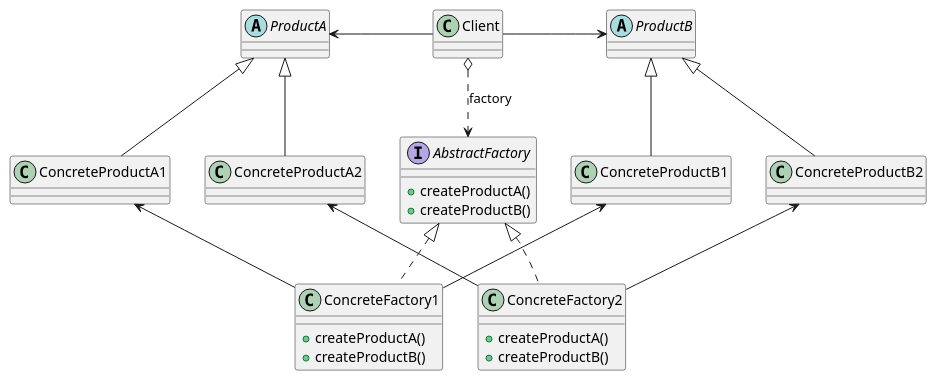
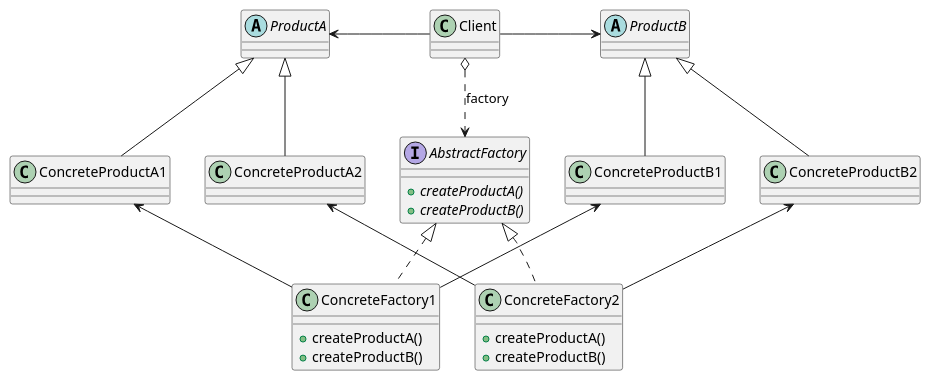
Before and after one commit to Noman5237/DesignPatterns: the diagram in cheatsheets/patterns/abstract-factory.md, drawn with PlantUML. The commit also changed 2 other files, not shown here.

Commit message:
singleton pattern cheatsheet

````diff
--- a/cheatsheets/patterns/abstract-factory.md
+++ b/cheatsheets/patterns/abstract-factory.md
@@ -12,42 +12,42 @@
 ```puml
 @startuml
 
 abstract class ProductA {}
 abstract class ProductB {}
 
 class ConcreteProductA1 extends ProductA {}
 class ConcreteProductA2 extends ProductA {}
 
 class ConcreteProductB1 extends ProductB {}
 class ConcreteProductB2 extends ProductB {}
 
 interface AbstractFactory {
-    + createProductA()
-    + createProductB()
+    + {abstract} createProductA()
+    + {abstract} createProductB()
 }
 
 class ConcreteFactory1 implements AbstractFactory {
     + createProductA()
     + createProductB()
 }
 
 class ConcreteFactory2 implements AbstractFactory {
     + createProductA()
     + createProductB()
 }
 
 class Client {}
 
 Client -left-> ProductA
 Client -right-> ProductB
 
 ConcreteFactory1 -up-> ConcreteProductA1
 ConcreteFactory1 -up-> ConcreteProductB1
 
 ConcreteFactory2 -up-> ConcreteProductA2
 ConcreteFactory2 -up-> ConcreteProductB2
 
 Client o-[dashed]> AbstractFactory : factory
 
 @enduml
 ```
````
